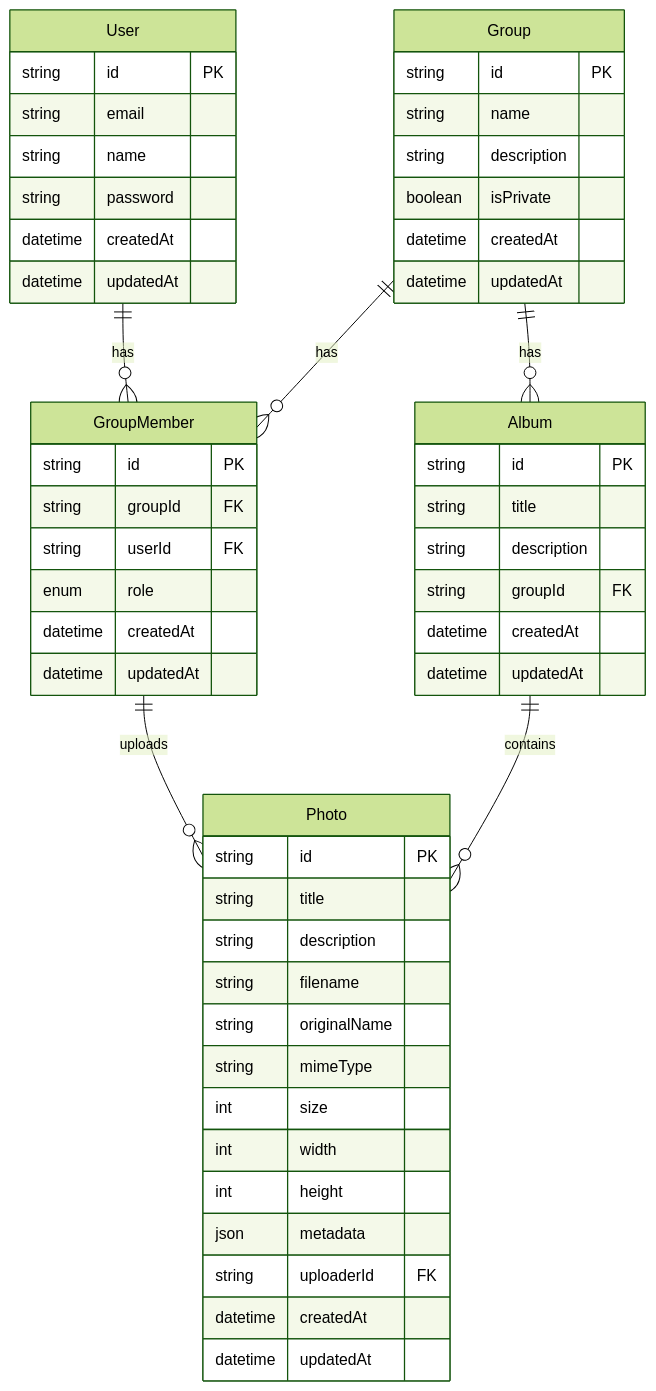
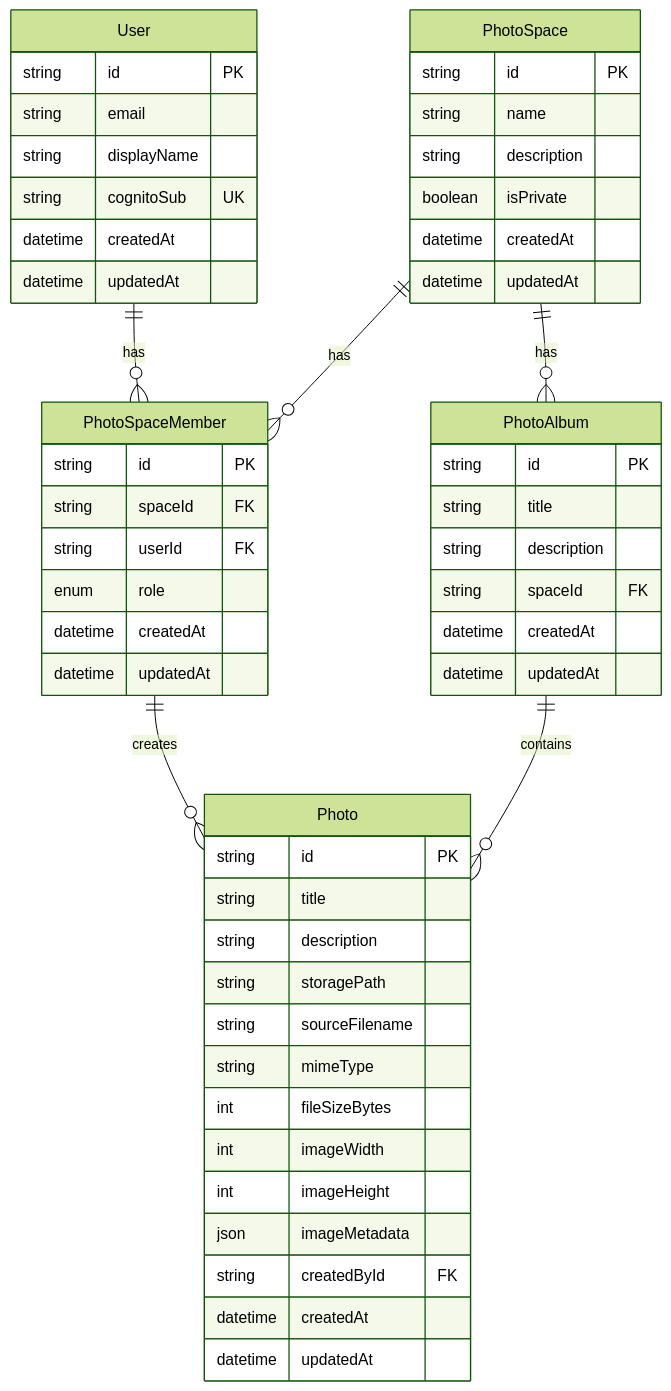
One commit to sano-suguru/photo-ring changed the diagram in docs/diagrams/er.mmd. Above: the diagram before and after it, drawn with Mermaid (forest theme).

Commit message:
PhotoSpaceモデルと洗練されたデータ構造を反映するためにER図を更新する。

```diff
--- a/docs/diagrams/er.mmd
+++ b/docs/diagrams/er.mmd
@@ -1,58 +1,58 @@
 erDiagram
     User {
         string id PK
         string email
-        string name
-        string password
+        string displayName
+        string cognitoSub UK
         datetime createdAt
         datetime updatedAt
     }
 
-    Group {
+    PhotoSpace {
         string id PK
         string name
         string description
         boolean isPrivate
         datetime createdAt
         datetime updatedAt
     }
 
-    GroupMember {
+    PhotoSpaceMember {
         string id PK
-        string groupId FK
+        string spaceId FK
         string userId FK
         enum role
         datetime createdAt
         datetime updatedAt
     }
 
-    Album {
+    PhotoAlbum {
         string id PK
         string title
         string description
-        string groupId FK
+        string spaceId FK
         datetime createdAt
         datetime updatedAt
     }
 
     Photo {
         string id PK
         string title
         string description
-        string filename
-        string originalName
+        string storagePath
+        string sourceFilename
         string mimeType
-        int size
-        int width
-        int height
-        json metadata
-        string uploaderId FK
+        int fileSizeBytes
+        int imageWidth
+        int imageHeight
+        json imageMetadata
+        string createdById FK
         datetime createdAt
         datetime updatedAt
     }
 
-    User ||--o{ GroupMember : "has"
-    Group ||--o{ GroupMember : "has"
-    Group ||--o{ Album : "has"
-    GroupMember ||--o{ Photo : "uploads"
-    Album ||--o{ Photo : "contains"
+    User ||--o{ PhotoSpaceMember : "has"
+    PhotoSpace ||--o{ PhotoSpaceMember : "has"
+    PhotoSpace ||--o{ PhotoAlbum : "has"
+    PhotoSpaceMember ||--o{ Photo : "creates"
+    PhotoAlbum ||--o{ Photo : "contains"
```
